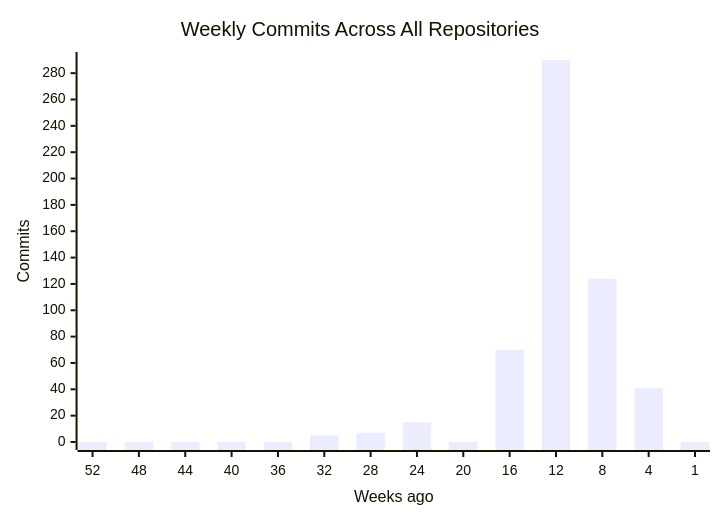
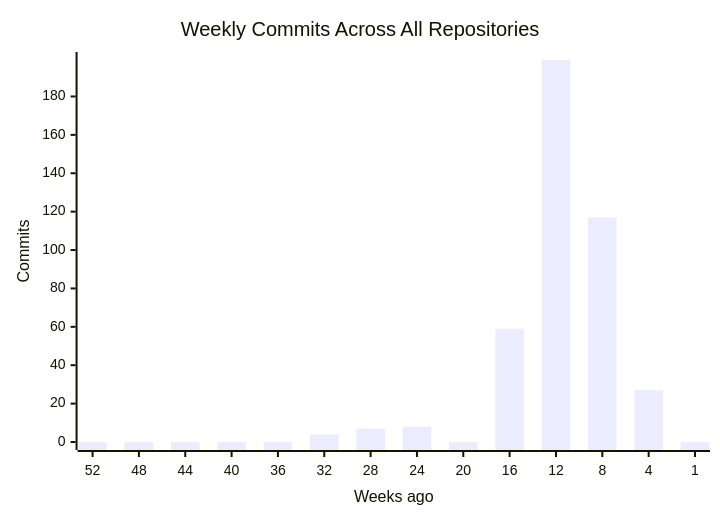
Before and after one commit to CSTH-Projects/.github: the first of 4 diagrams in profile/README.md, drawn with Mermaid. The commit also changed other lines of this file, not shown here.

````diff
--- a/profile/README.md
+++ b/profile/README.md
@@ -16,7 +16,7 @@
 ```mermaid
 xychart-beta
     title "Weekly Commits Across All Repositories"
     x-axis "Weeks ago" [52, 48, 44, 40, 36, 32, 28, 24, 20, 16, 12, 8, 4, 1]
     y-axis "Commits"
-    bar [0, 0, 0, 0, 0, 5, 7, 15, 0, 70, 290, 124, 41, 0]
+    bar [0, 0, 0, 0, 0, 4, 7, 8, 0, 59, 199, 117, 27, 0]
 ```
````
